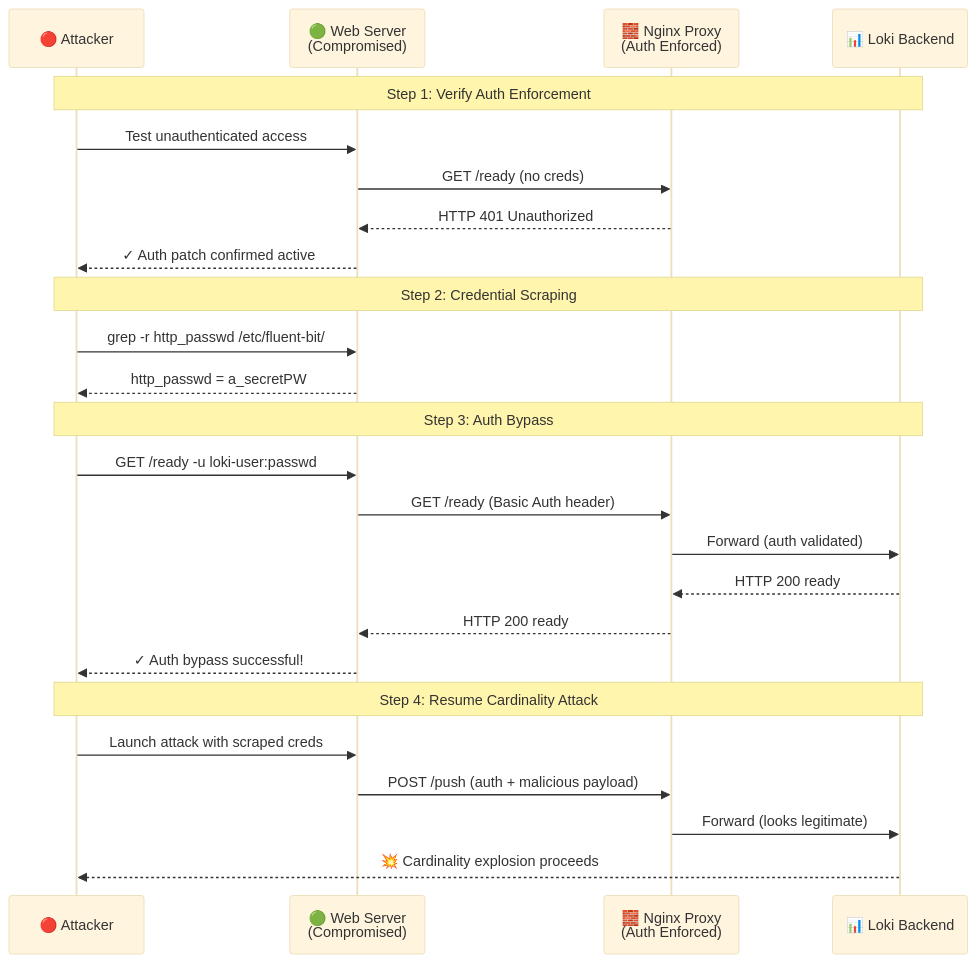
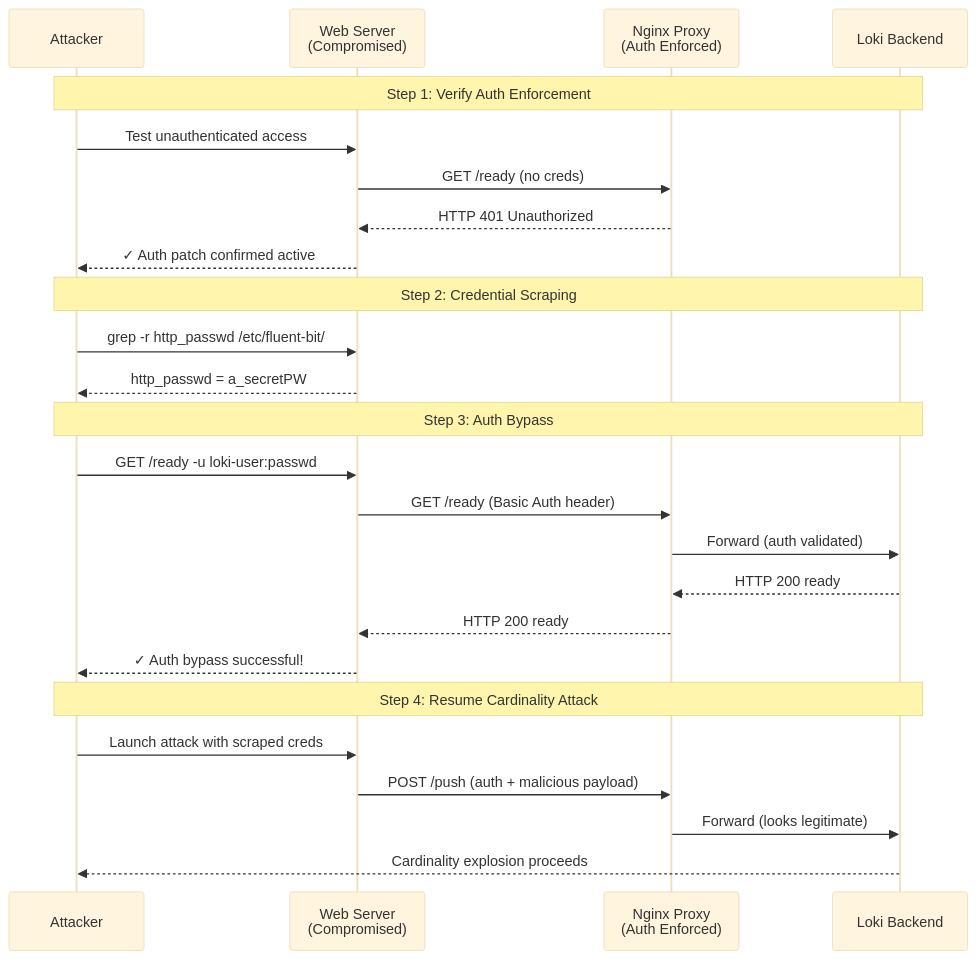
One commit to davidseitz/SichereDMZ changed the seventh of 8 diagrams in attacks/docs/LOKI_ATTACK_DOCUMENTATION.md. Above: the diagram before and after it, drawn with Mermaid (base theme). The commit also changed other lines of this file and 1 other file, not shown here.

Commit message:
Updated Loki documentation

````diff
--- a/attacks/docs/LOKI_ATTACK_DOCUMENTATION.md
+++ b/attacks/docs/LOKI_ATTACK_DOCUMENTATION.md
@@ -629,31 +633,31 @@
 ```mermaid
 sequenceDiagram
-    participant ATK as 🔴 Attacker
-    participant WEB as 🟢 Web Server<br/>(Compromised)
-    participant PROXY as 🧱 Nginx Proxy<br/>(Auth Enforced)
-    participant LOKI as 📊 Loki Backend
+    participant ATK as Attacker
+    participant WEB as Web Server<br/>(Compromised)
+    participant PROXY as Nginx Proxy<br/>(Auth Enforced)
+    participant LOKI as Loki Backend
     
     Note over ATK,LOKI: Step 1: Verify Auth Enforcement
     ATK->>WEB: Test unauthenticated access
     WEB->>PROXY: GET /ready (no creds)
     PROXY-->>WEB: HTTP 401 Unauthorized
     WEB-->>ATK: ✓ Auth patch confirmed active
     
     Note over ATK,LOKI: Step 2: Credential Scraping
     ATK->>WEB: grep -r http_passwd /etc/fluent-bit/
     WEB-->>ATK: http_passwd = a_secretPW#15secEt
     
     Note over ATK,LOKI: Step 3: Auth Bypass
     ATK->>WEB: GET /ready -u loki-user:passwd
     WEB->>PROXY: GET /ready (Basic Auth header)
     PROXY->>LOKI: Forward (auth validated)
     LOKI-->>PROXY: HTTP 200 ready
     PROXY-->>WEB: HTTP 200 ready
     WEB-->>ATK: ✓ Auth bypass successful!
     
     Note over ATK,LOKI: Step 4: Resume Cardinality Attack
     ATK->>WEB: Launch attack with scraped creds
     WEB->>PROXY: POST /push (auth + malicious payload)
     PROXY->>LOKI: Forward (looks legitimate)
-    LOKI-->>ATK: 💥 Cardinality explosion proceeds
+    LOKI-->>ATK: Cardinality explosion proceeds
 ```
````
